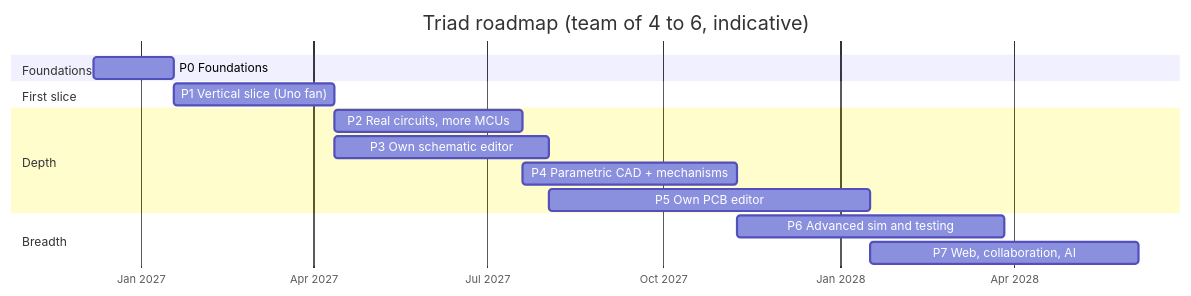
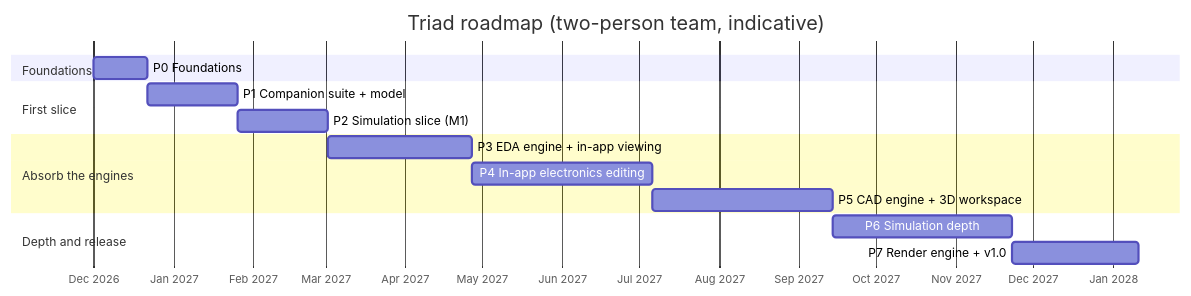
Before and after one commit to NoboIshraque/triage: the diagram in docs/ROADMAP.md, drawn with Mermaid. The commit also changed other lines of this file and 21 other files, not shown here.

First line of the commit message:
docs: re-plan Triad as a standalone app on VS Code's codebase

````diff
--- a/docs/ROADMAP.md
+++ b/docs/ROADMAP.md
@@ -8,18 +12,18 @@
 ```mermaid
 gantt
-  title Triad roadmap (team of 4 to 6, indicative)
+  title Triad roadmap (two-person team, indicative)
   dateFormat YYYY-MM-DD
   axisFormat %b %Y
   section Foundations
-  P0 Foundations                  :p0, 2026-12-07, 6w
+  P0 Foundations                 :p0, 2026-12-01, 3w
   section First slice
-  P1 Vertical slice (Uno fan)     :p1, after p0, 12w
-  section Depth
-  P2 Real circuits, more MCUs     :p2, after p1, 14w
-  P3 Own schematic editor         :p3, after p1, 16w
-  P4 Parametric CAD + mechanisms  :p4, after p2, 16w
-  P5 Own PCB editor               :p5, after p3, 24w
-  section Breadth
-  P6 Advanced sim and testing     :p6, after p4, 20w
-  P7 Web, collaboration, AI       :p7, after p5, 20w
+  P1 Companion suite + model     :p1, after p0, 5w
+  P2 Simulation slice (M1)       :p2, after p1, 5w
+  section Absorb the engines
+  P3 EDA engine + in-app viewing :p3, after p2, 8w
+  P4 In-app electronics editing  :p4, after p3, 10w
+  P5 CAD engine + 3D workspace   :p5, after p4, 10w
+  section Depth and release
+  P6 Simulation depth            :p6, after p5, 10w
+  P7 Render engine + v1.0        :p7, after p6, 7w
 ```
````
